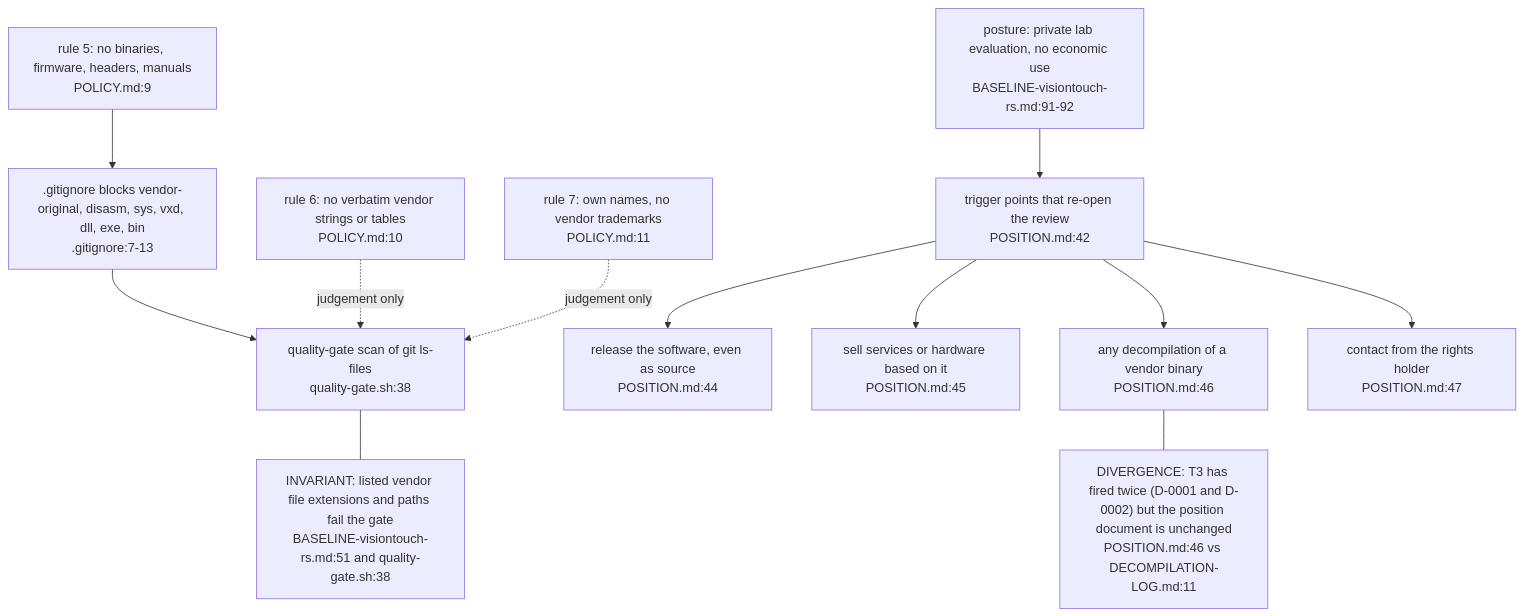
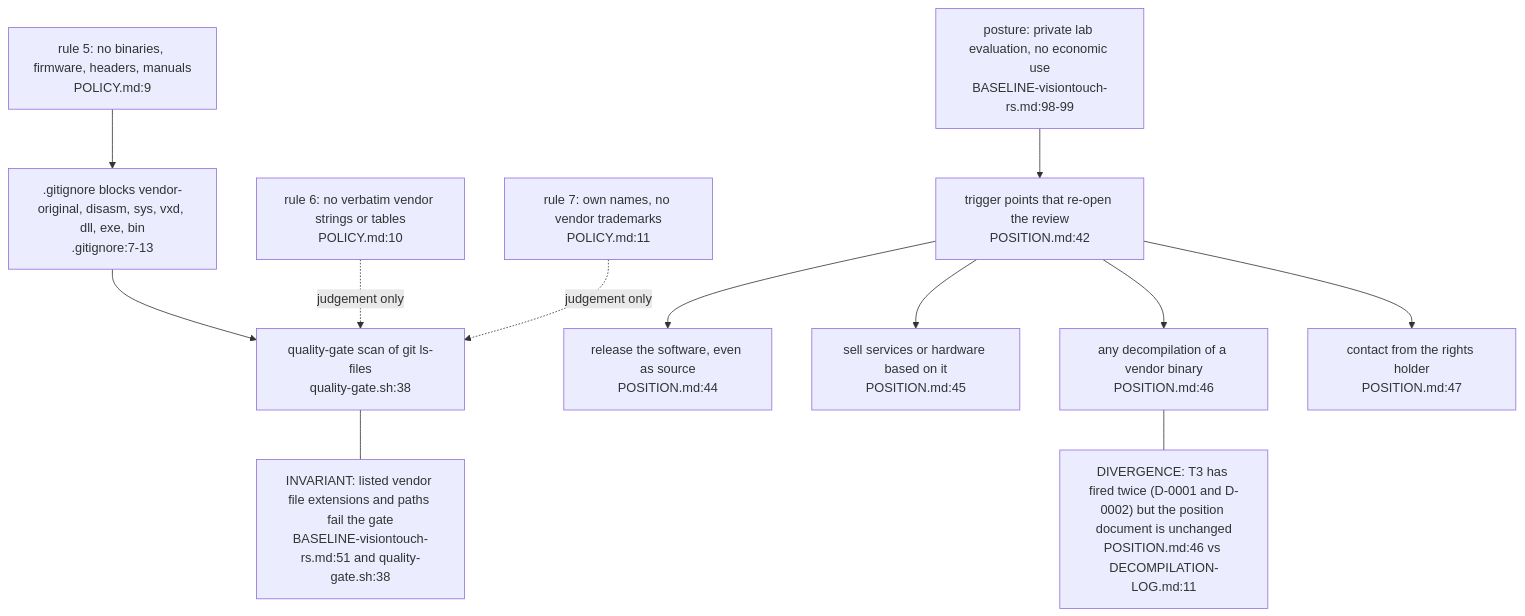
One commit to DreamLab-AI/VisionFlow changed the fourth of 4 diagrams in docs/diagrams/visiontouch-rs/01-clean-room-method-and-provenance.md. Above: the diagram before and after it, drawn with Mermaid. The commit also changed other lines of this file and 154 other files, not shown here.

First line of the commit message:
docs(diagrams): re-stamp 154 topics whose every citation still reads the same text at the current heads

````diff
--- a/docs/diagrams/visiontouch-rs/01-clean-room-method-and-provenance.md
+++ b/docs/diagrams/visiontouch-rs/01-clean-room-method-and-provenance.md
@@ -114,27 +114,27 @@
 ```mermaid
 flowchart TB
     R5["rule 5: no binaries, firmware, headers, manuals<br/>POLICY.md:9"]
     R6["rule 6: no verbatim vendor strings or tables<br/>POLICY.md:10"]
     R7["rule 7: own names, no vendor trademarks<br/>POLICY.md:11"]
     GI[".gitignore blocks vendor-original, disasm, sys, vxd, dll, exe, bin<br/>.gitignore:7-13"]
     SC["quality-gate scan of git ls-files<br/>quality-gate.sh:38"]
     TR["trigger points that re-open the review<br/>POSITION.md:42"]
     T1["release the software, even as source<br/>POSITION.md:44"]
     T2["sell services or hardware based on it<br/>POSITION.md:45"]
     T3["any decompilation of a vendor binary<br/>POSITION.md:46"]
     T4["contact from the rights holder<br/>POSITION.md:47"]
-    POS["posture: private lab evaluation, no economic use<br/>BASELINE-visiontouch-rs.md:91-92"]
+    POS["posture: private lab evaluation, no economic use<br/>BASELINE-visiontouch-rs.md:98-99"]
     R5 --> GI
     GI --> SC
     R6 -. "judgement only" .-> SC
     R7 -. "judgement only" .-> SC
     POS --> TR
     TR --> T1
     TR --> T2
     TR --> T3
     TR --> T4
     N1["INVARIANT: listed vendor file extensions and paths fail the gate<br/>BASELINE-visiontouch-rs.md:51 and quality-gate.sh:38"]
     N2["DIVERGENCE: T3 has fired twice (D-0001 and D-0002) but the position document is unchanged<br/>POSITION.md:46 vs DECOMPILATION-LOG.md:11"]
     SC --- N1
     T3 --- N2
 ```
````
